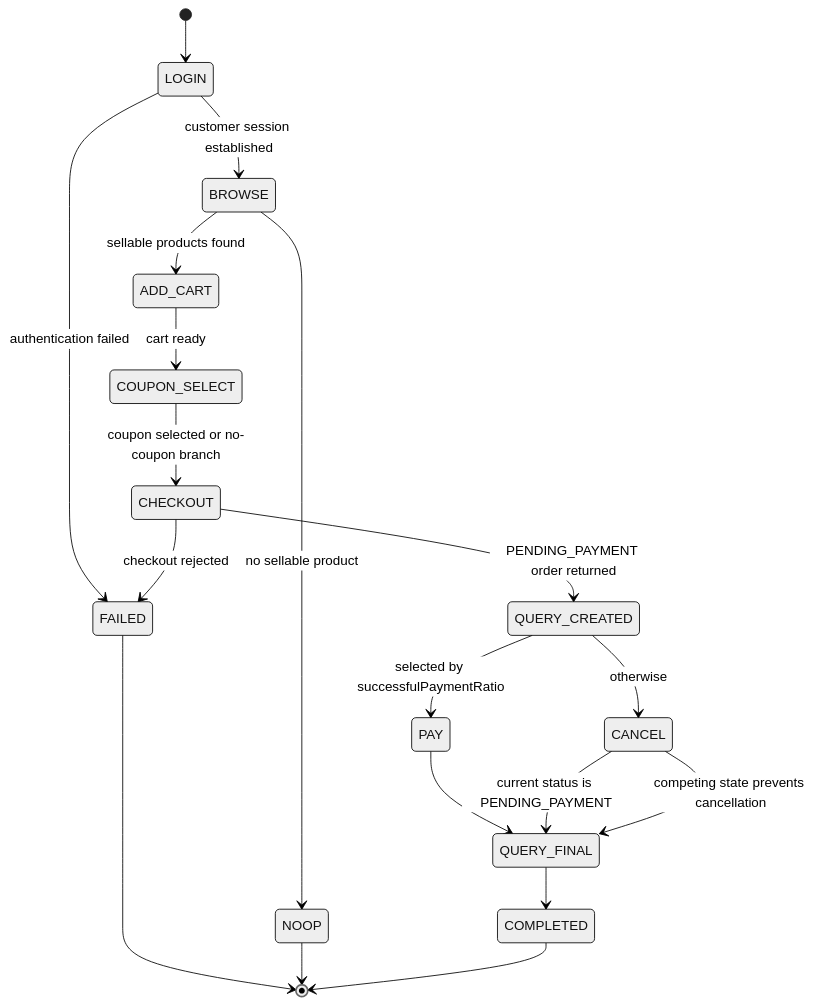
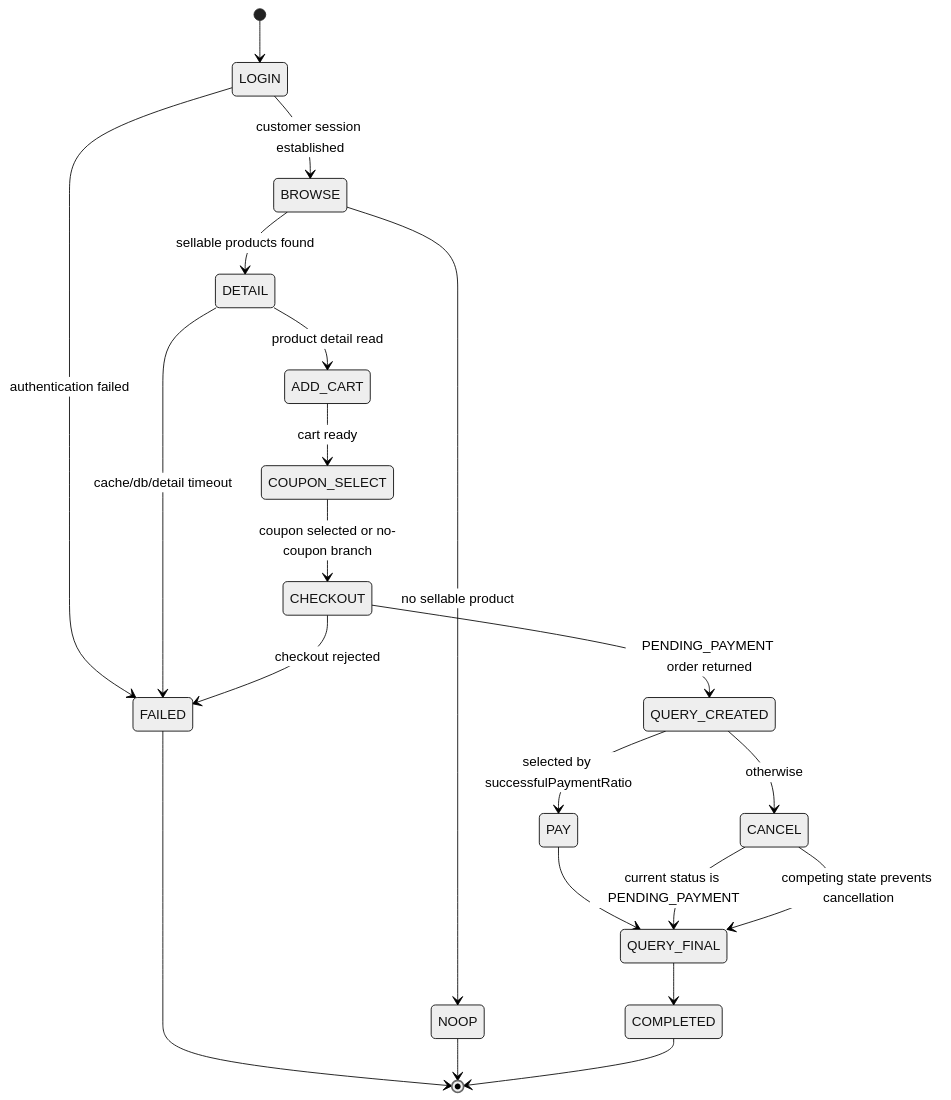
Before and after one commit to asatasinon/mall-chaos: the diagram in _docs/traffic-optimize/technical-design.md, drawn with Mermaid (neutral theme). The commit also changed other lines of this file and 6 other files, not shown here.

````diff
--- a/_docs/traffic-optimize/technical-design.md
+++ b/_docs/traffic-optimize/technical-design.md
@@ -150,21 +152,23 @@
 ```mermaid
 stateDiagram-v2
     [*] --> LOGIN
     LOGIN --> BROWSE: customer session established
     LOGIN --> FAILED: authentication failed
-    BROWSE --> ADD_CART: sellable products found
+    BROWSE --> DETAIL: sellable products found
+    DETAIL --> ADD_CART: product detail read
+    DETAIL --> FAILED: cache/db/detail timeout
     BROWSE --> NOOP: no sellable product
     ADD_CART --> COUPON_SELECT: cart ready
     COUPON_SELECT --> CHECKOUT: coupon selected or no-coupon branch
     CHECKOUT --> FAILED: checkout rejected
     CHECKOUT --> QUERY_CREATED: PENDING_PAYMENT order returned
     QUERY_CREATED --> PAY: selected by successfulPaymentRatio
     QUERY_CREATED --> CANCEL: otherwise
     PAY --> QUERY_FINAL
     CANCEL --> QUERY_FINAL: current status is PENDING_PAYMENT
     CANCEL --> QUERY_FINAL: competing state prevents cancellation
     QUERY_FINAL --> COMPLETED
     FAILED --> [*]
     NOOP --> [*]
     COMPLETED --> [*]
 ```
````
